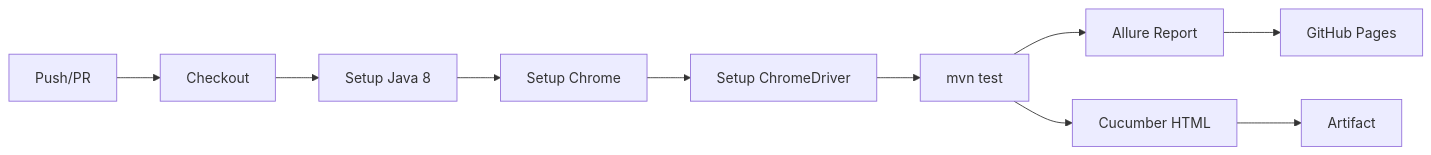
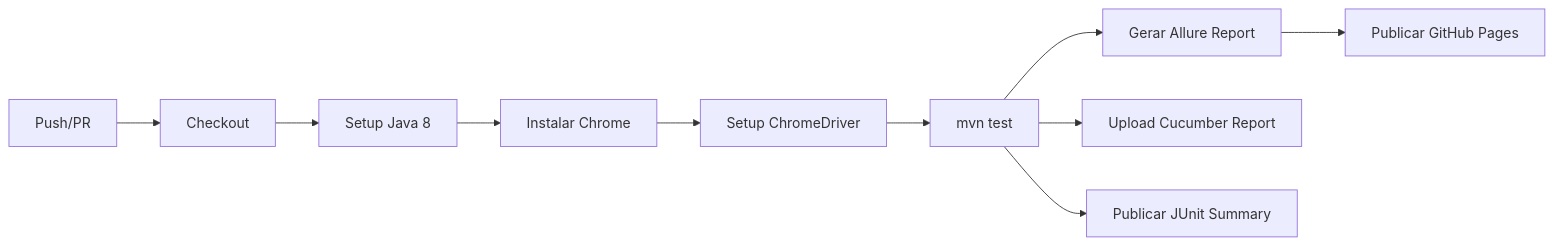
The sixth of 9 diagrams in DOCUMENTATION.md (aline-nory/selenium-restassured-cucumber-kiro-github-actions), drawn with Mermaid before and after one commit. The commit also changed other lines of this file, not shown here.

````diff
--- a/DOCUMENTATION.md
+++ b/DOCUMENTATION.md
@@ -1431,12 +1622,12 @@
 ```mermaid
 graph LR
-    A[Push/PR] --> B[Checkout]
-    B --> C[Setup Java 8]
-    C --> D[Setup Chrome]
-    D --> E[Setup ChromeDriver]
-    E --> F[mvn test]
-    F --> G[Allure Report]
-    G --> H[GitHub Pages]
-    F --> I[Cucumber HTML]
-    I --> J[Artifact]
+    PUSH[Push/PR] --> CHECKOUT[Checkout]
+    CHECKOUT --> JAVA[Setup Java 8]
+    JAVA --> CHROME[Instalar Chrome]
+    CHROME --> DRIVER[Setup ChromeDriver]
+    DRIVER --> TEST[mvn test]
+    TEST --> ALLURE[Gerar Allure Report]
+    ALLURE --> PAGES[Publicar GitHub Pages]
+    TEST --> CUCUMBER[Upload Cucumber Report]
+    TEST --> JUNIT[Publicar JUnit Summary]
 ```
````
